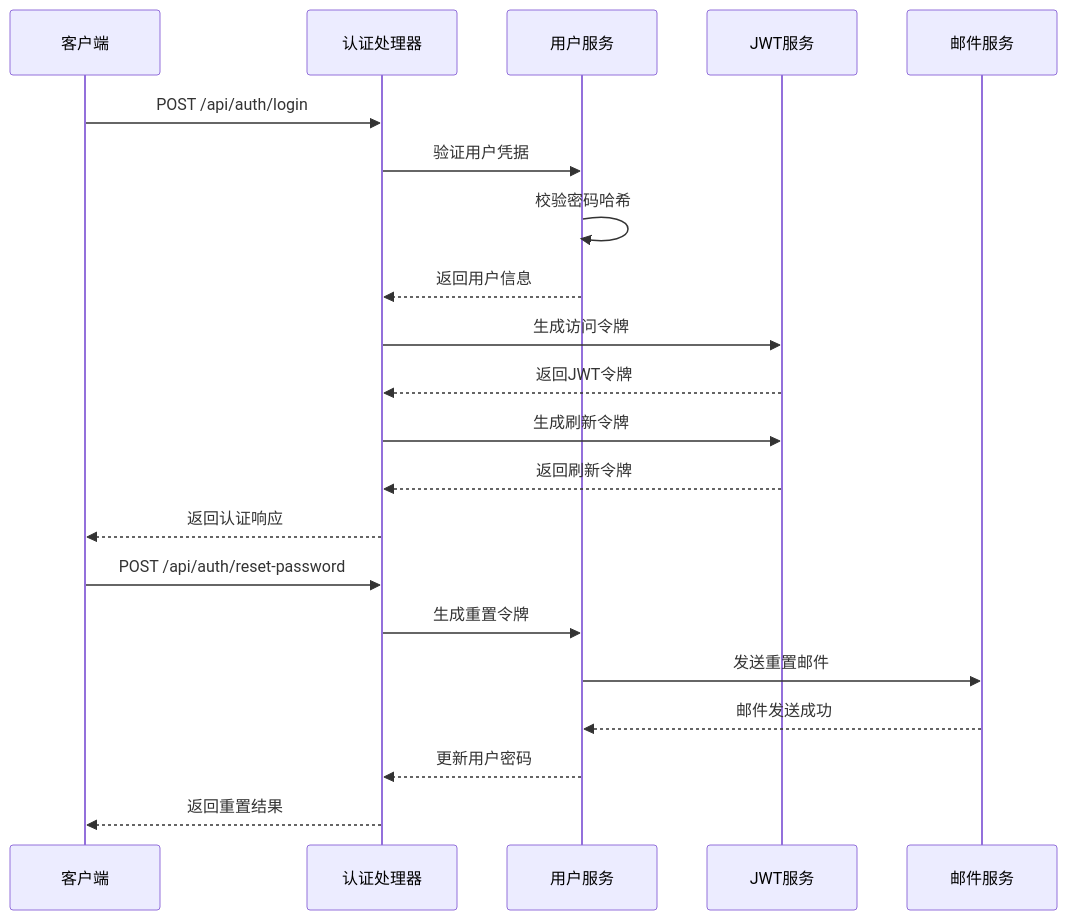
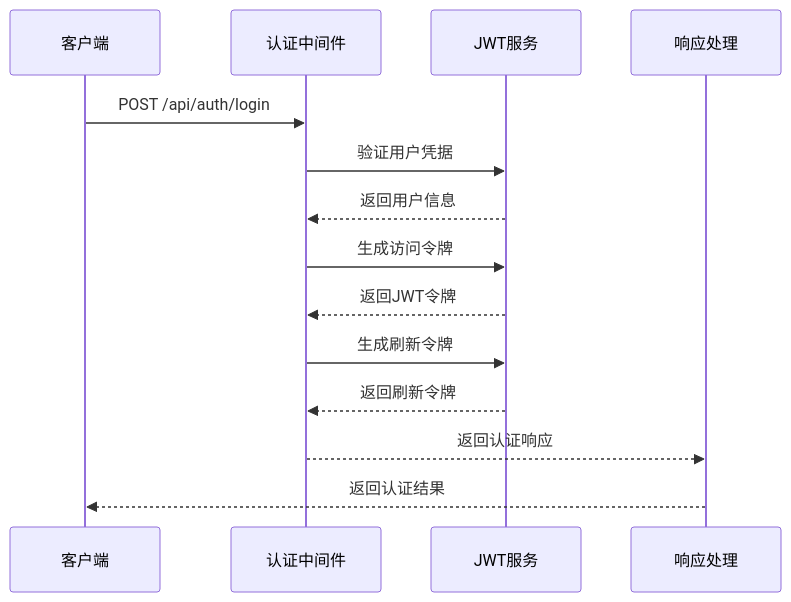
One commit to mcmrzy/cs_inv_monitor-develop changed the fifth of 7 diagrams in .qoder/repowiki/zh/content/API服务器/认证与授权系统.md. Above: the diagram before and after it, drawn with Mermaid. The commit also changed other lines of this file and 128 other files, not shown here.

````diff
--- a/.qoder/repowiki/zh/content/API服务器/认证与授权系统.md
+++ b/.qoder/repowiki/zh/content/API服务器/认证与授权系统.md
@@ -263,23 +272,16 @@
 ```mermaid
 sequenceDiagram
 participant Client as 客户端
-participant AuthHandler as 认证处理器
-participant UserService as 用户服务
+participant AuthMiddleware as 认证中间件
 participant JWTService as JWT服务
-participant EmailService as 邮件服务
-Client->>AuthHandler : POST /api/auth/login
-AuthHandler->>UserService : 验证用户凭据
-UserService->>UserService : 校验密码哈希
-UserService-->>AuthHandler : 返回用户信息
-AuthHandler->>JWTService : 生成访问令牌
-JWTService-->>AuthHandler : 返回JWT令牌
-AuthHandler->>JWTService : 生成刷新令牌
-JWTService-->>AuthHandler : 返回刷新令牌
-AuthHandler-->>Client : 返回认证响应
-Client->>AuthHandler : POST /api/auth/reset-password
-AuthHandler->>UserService : 生成重置令牌
-UserService->>EmailService : 发送重置邮件
-EmailService-->>UserService : 邮件发送成功
-UserService-->>AuthHandler : 更新用户密码
-AuthHandler-->>Client : 返回重置结果
+participant Response as 响应处理
+Client->>AuthMiddleware : POST /api/auth/login
+AuthMiddleware->>JWTService : 验证用户凭据
+JWTService-->>AuthMiddleware : 返回用户信息
+AuthMiddleware->>JWTService : 生成访问令牌
+JWTService-->>AuthMiddleware : 返回JWT令牌
+AuthMiddleware->>JWTService : 生成刷新令牌
+JWTService-->>AuthMiddleware : 返回刷新令牌
+AuthMiddleware-->>Response : 返回认证响应
+Response-->>Client : 返回认证结果
 ```
````
